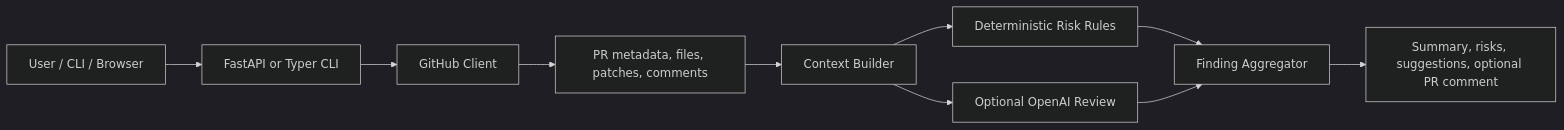
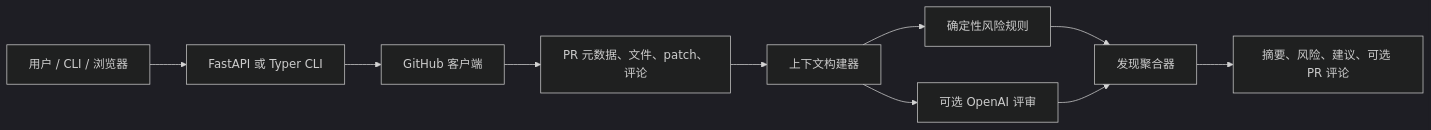
The diagram in docs/DESIGN.md (qushiren/AI-PR-Review-Tool), drawn with Mermaid (dark theme) before and after one commit. The commit also changed other lines of this file and 1 other file, not shown here.

````diff
--- a/docs/DESIGN.md
+++ b/docs/DESIGN.md
@@ -16,12 +16,12 @@
 ```mermaid
 flowchart LR
-  U["User / CLI / Browser"] --> API["FastAPI or Typer CLI"]
-  API --> GH["GitHub Client"]
-  GH --> PR["PR metadata, files, patches, comments"]
-  PR --> CTX["Context Builder"]
-  CTX --> HEU["Deterministic Risk Rules"]
-  CTX --> LLM["Optional OpenAI Review"]
-  HEU --> AGG["Finding Aggregator"]
+  U["用户 / CLI / 浏览器"] --> API["FastAPI 或 Typer CLI"]
+  API --> GH["GitHub 客户端"]
+  GH --> PR["PR 元数据、文件、patch、评论"]
+  PR --> CTX["上下文构建器"]
+  CTX --> HEU["确定性风险规则"]
+  CTX --> LLM["可选 OpenAI 评审"]
+  HEU --> AGG["发现聚合器"]
   LLM --> AGG
-  AGG --> OUT["Summary, risks, suggestions, optional PR comment"]
+  AGG --> OUT["摘要、风险、建议、可选 PR 评论"]
 ```
````
